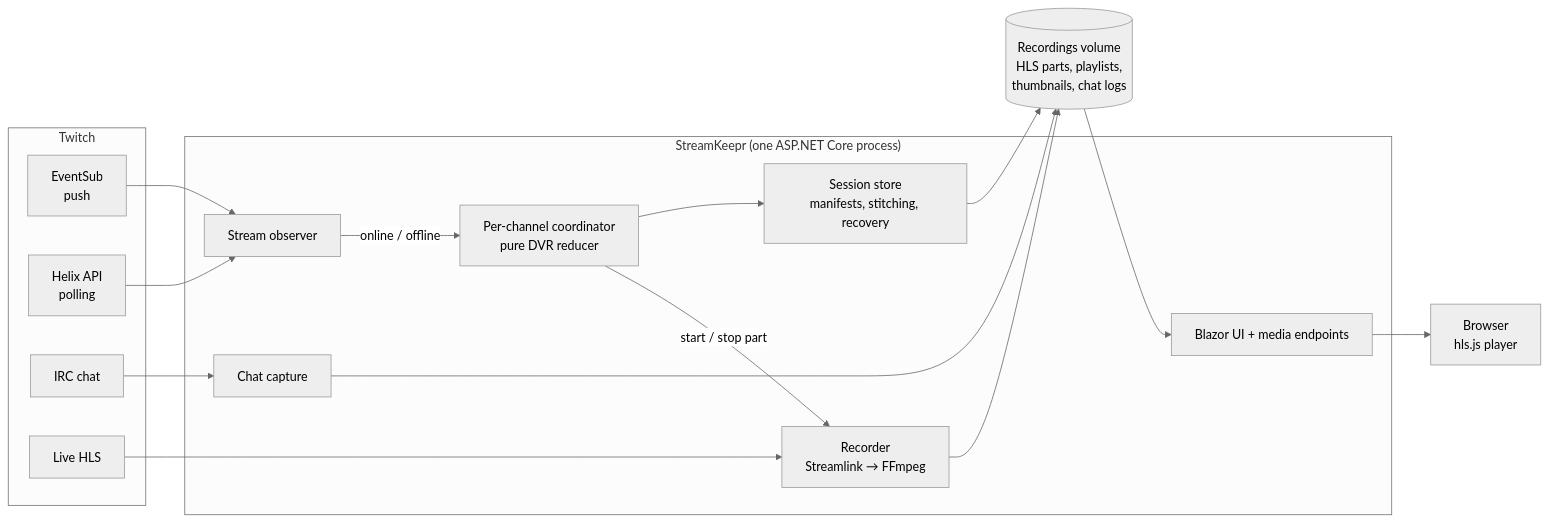
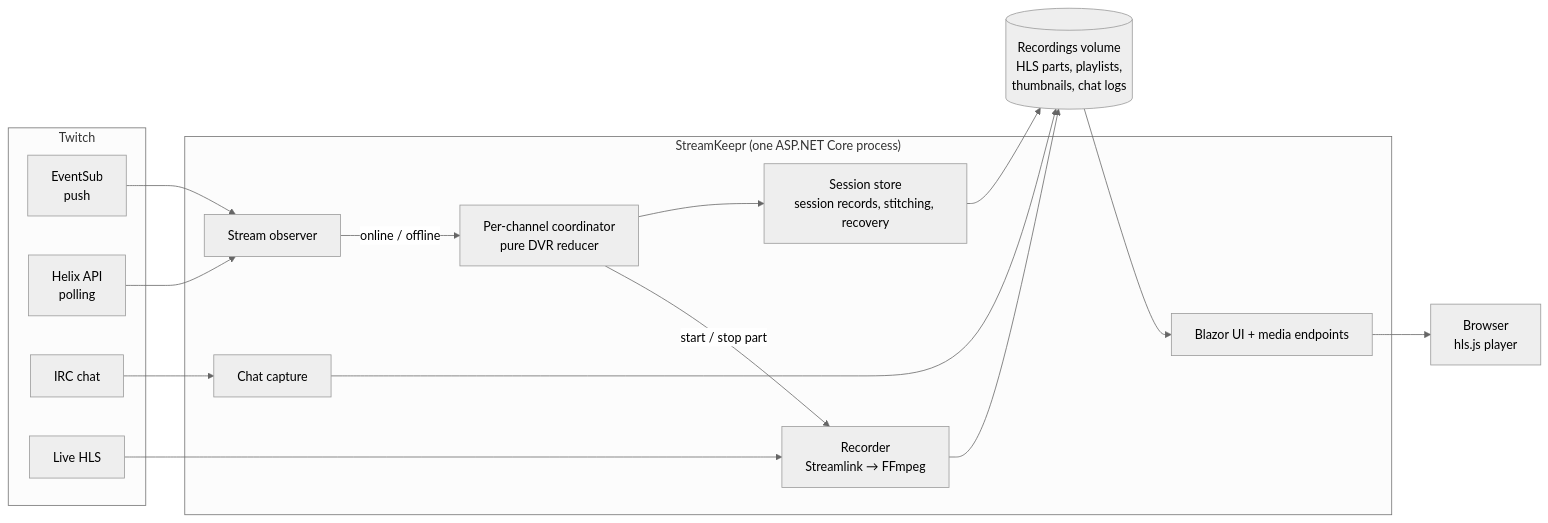
The diagram in README.md (brandtkstrom/StreamKeepr), drawn with Mermaid (neutral theme) before and after one commit. The commit also changed 36 other files, not shown here.

First line of the commit message:
feat(storage): keep session records and the library in SQLite (#316)

````diff
--- a/README.md
+++ b/README.md
@@ -84,31 +84,31 @@
 ```mermaid
 flowchart LR
     subgraph Twitch
         ES[EventSub<br>push]
         HX[Helix API<br>polling]
         IRC[IRC chat]
         HLS[Live HLS]
     end
 
     subgraph StreamKeepr["StreamKeepr (one ASP.NET Core process)"]
         OBS[Stream observer]
         DVR[Per-channel coordinator<br>pure DVR reducer]
         REC[Recorder<br>Streamlink → FFmpeg]
         CHAT[Chat capture]
-        STORE[Session store<br>manifests, stitching, recovery]
+        STORE[Session store<br>session records, stitching, recovery]
         WEB[Blazor UI + media endpoints]
     end
 
     DISK[(Recordings volume<br>HLS parts, playlists,<br>thumbnails, chat logs)]
     BROWSER[Browser<br>hls.js player]
 
     ES --> OBS
     HX --> OBS
     OBS -->|online / offline| DVR
     DVR -->|start / stop part| REC
     HLS --> REC
     REC --> DISK
     IRC --> CHAT --> DISK
     DVR --> STORE --> DISK
     DISK --> WEB --> BROWSER
 ```
````
